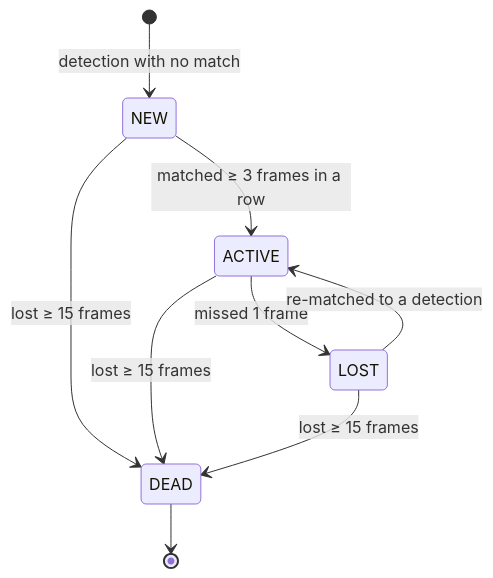
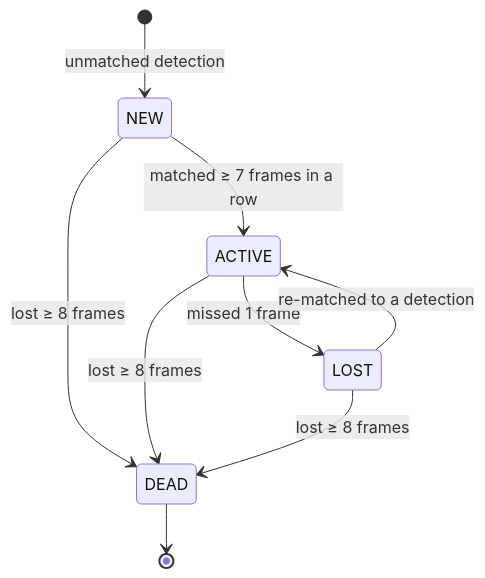
Before and after one commit to nurgumus/multi-target-detection-cv: the sixth of 8 diagrams in README.md, drawn with Mermaid. The commit also changed other lines of this file, not shown here.

````diff
--- a/README.md
+++ b/README.md
@@ -268,15 +317,15 @@
 ```mermaid
 stateDiagram-v2
-    [*] --> NEW : detection with no match
+    [*] --> NEW : unmatched detection
 
-    NEW --> ACTIVE : matched ≥ 3 frames in a row
-    NEW --> DEAD : lost ≥ 15 frames
+    NEW --> ACTIVE : matched ≥ 7 frames in a row
+    NEW --> DEAD : lost ≥ 8 frames
 
     ACTIVE --> LOST : missed 1 frame
-    ACTIVE --> DEAD : lost ≥ 15 frames
+    ACTIVE --> DEAD : lost ≥ 8 frames
 
     LOST --> ACTIVE : re-matched to a detection
-    LOST --> DEAD : lost ≥ 15 frames
+    LOST --> DEAD : lost ≥ 8 frames
 
     DEAD --> [*]
 ```
````
